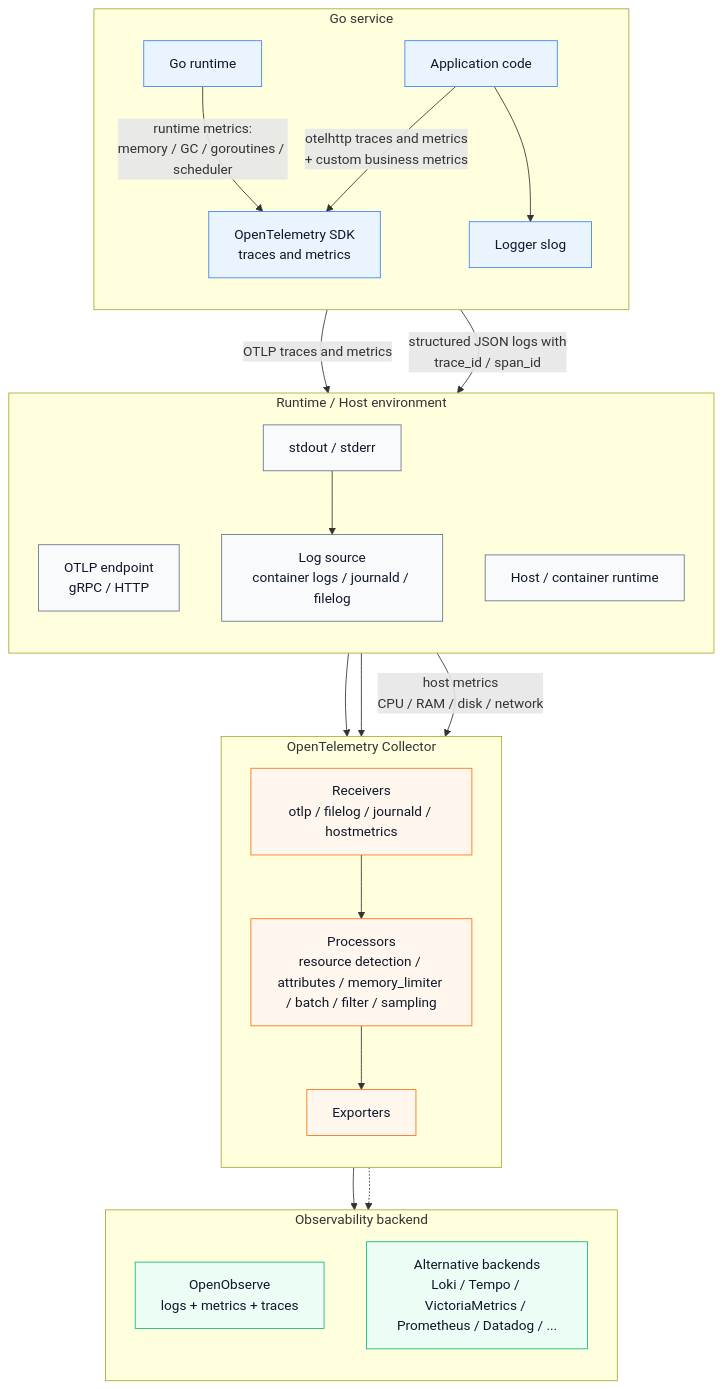
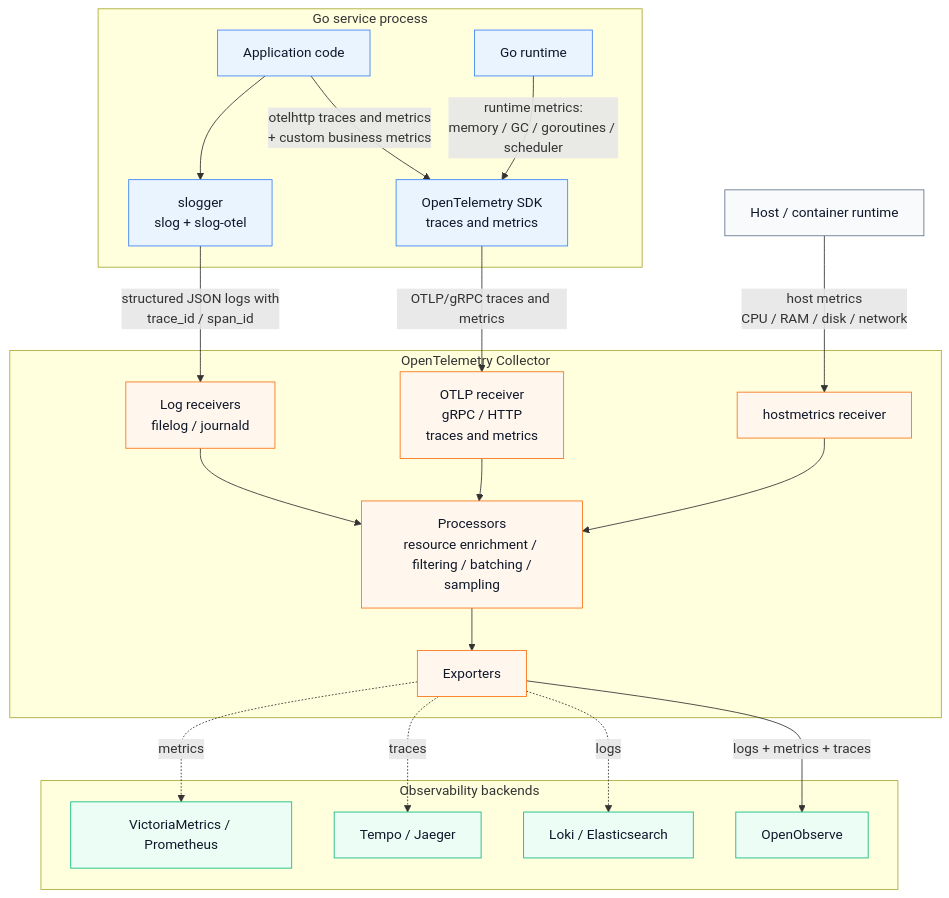
One commit to LeKovr/go-kit changed the diagram in observability/architecture.md. Above: the diagram before and after it, drawn with Mermaid.

Commit message:
upd architecture doc

````diff
--- a/observability/architecture.md
+++ b/observability/architecture.md
@@ -9,58 +11,53 @@
 ```mermaid
 flowchart TB
-    subgraph app_layer["Go service"]
-        direction TB
+    subgraph app_layer["Go service process"]
         app["Application code"]
         runtime["Go runtime"]
         otel["OpenTelemetry SDK<br/>traces and metrics"]
-        logger["Logger slog"]
+        logger["slogger<br/>slog + slog-otel"]
 
-        app --> |"otelhttp traces and metrics<br> + custom business metrics"| otel
+        app --> |"otelhttp traces and metrics<br/>+ custom business metrics"| otel
         runtime -->|"runtime metrics:<br/>memory / GC / goroutines / scheduler"| otel
         app --> logger
     end
 
-    subgraph runtime_layer["Runtime / Host environment"]
-        direction TB
-        otlp["OTLP endpoint<br/>gRPC / HTTP"]
-        stdout["stdout / stderr"]
-        log_source["Log source<br/>container logs / journald / filelog"]
-        host["Host / container runtime"]
-
-        stdout --> log_source
-    end
+    host["Host / container runtime"]
 
     subgraph collector_layer["OpenTelemetry Collector"]
-        direction TB
-        receivers["Receivers<br/>otlp / filelog / journald / hostmetrics"]
-        processors["Processors<br/>resource detection / attributes / memory_limiter / batch / filter / sampling"]
+        otlp_receiver["OTLP receiver<br/>gRPC / HTTP<br/>traces and metrics"]
+        log_receiver["Log receivers<br/>filelog / journald"]
+        hostmetrics_receiver["hostmetrics receiver"]
+        processors["Processors<br/>resource enrichment / <br/> filtering / batching / sampling"]
         exporters["Exporters"]
 
-        receivers --> processors
+        otlp_receiver --> processors
+        log_receiver --> processors
+        hostmetrics_receiver --> processors
         processors --> exporters
     end
 
-    subgraph backend_layer["Observability backend"]
-        direction TB
-        openobserve["OpenObserve<br/>logs + metrics + traces"]
-        other["Alternative backends<br/>Loki / Tempo / VictoriaMetrics / Prometheus / Datadog / ..."]
+    subgraph backend_layer["Observability backends"]
+        openobserve["OpenObserve"]
+        logs_backend["Loki / Elasticsearch"]
+        traces_backend["Tempo / Jaeger"]
+        metrics_backend["VictoriaMetrics / Prometheus"]
     end
 
-    otel -->|"OTLP traces and metrics"| otlp
-    logger -->|"structured JSON logs with<br/>trace_id / span_id"| stdout
-    otlp --> receivers
-    log_source --> receivers
-    host -->|"host metrics<br/>CPU / RAM / disk / network"| receivers
-    exporters --> openobserve
-    exporters -.-> other
+    otel -->|"OTLP/gRPC traces and metrics"| otlp_receiver
+    logger -->|"structured JSON logs with<br/>trace_id / span_id"| log_receiver
+    host -->|"host metrics<br/>CPU / RAM / disk / network"| hostmetrics_receiver
+    exporters -->|"logs + metrics + traces"| openobserve
+    exporters -.->|"logs"| logs_backend
+    exporters -.->|"traces"| traces_backend
+    exporters -.->|"metrics"| metrics_backend
 
     classDef app fill:#eaf4ff,stroke:#3b82f6,color:#0f172a
     classDef boundary fill:#f8fafc,stroke:#64748b,color:#0f172a
     classDef collector fill:#fff7ed,stroke:#f97316,color:#0f172a
     classDef backend fill:#ecfdf5,stroke:#10b981,color:#0f172a
 
     class app,otel,runtime,logger app
-    class otlp,stdout,log_source,host boundary
-    class receivers,processors,exporters collector
-    class openobserve,other backend
+    class host boundary
+    class otlp_receiver,log_receiver,hostmetrics_receiver,processors,exporters collector
+    class openobserve,logs_backend,traces_backend,metrics_backend backend
 ```
````
